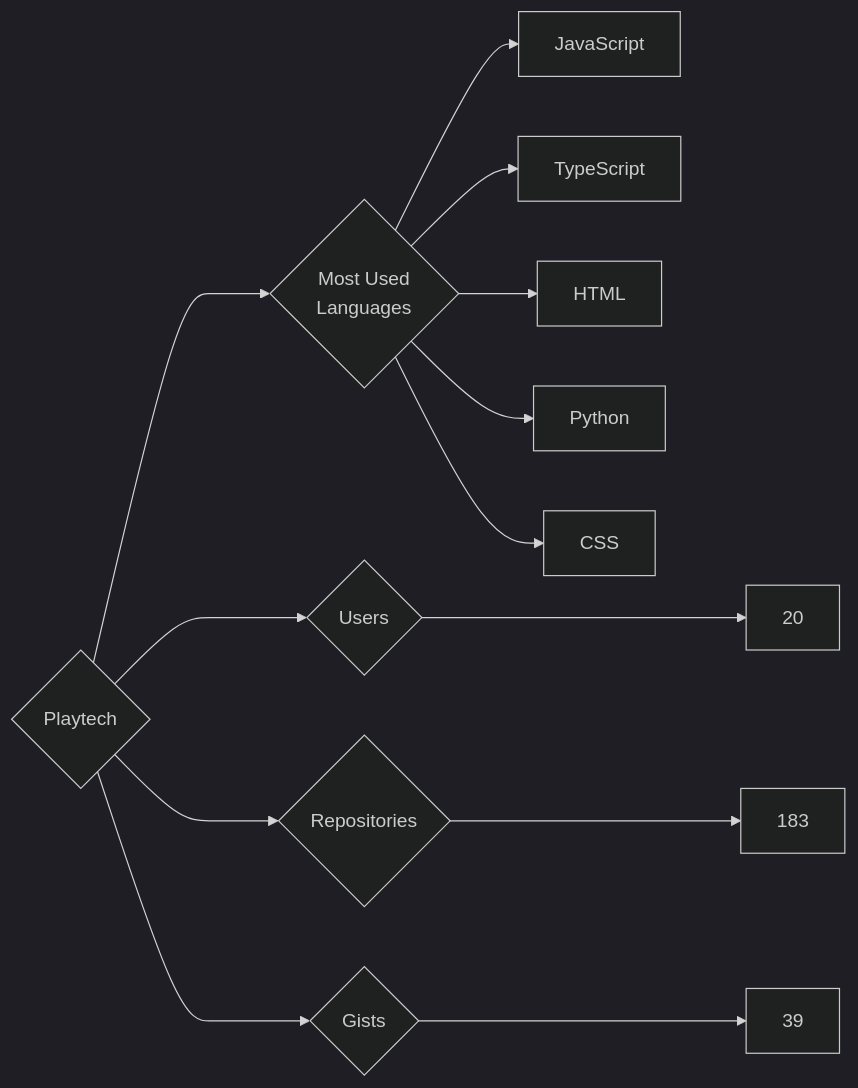
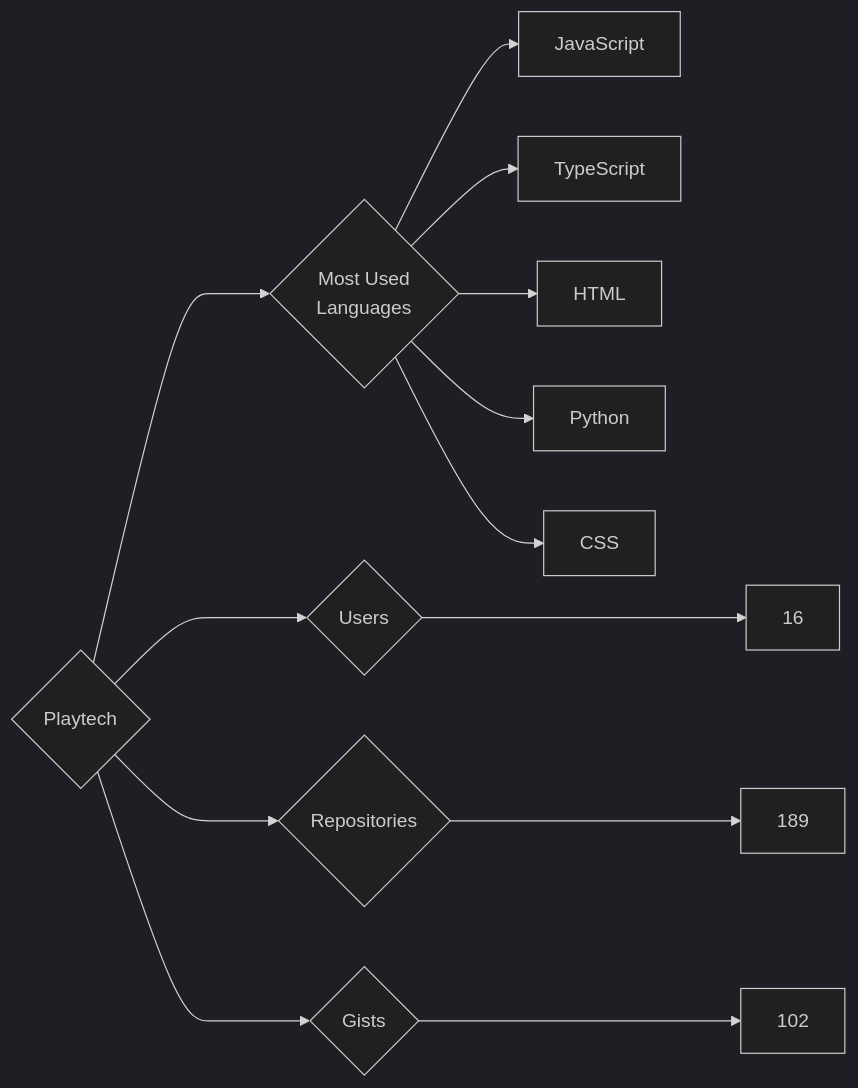
The diagram in targets/Playtech/README.md (trickest/insiders), drawn with Mermaid (dark theme) before and after one commit. The commit also changed 970 other files, not shown here.

````diff
--- a/targets/Playtech/README.md
+++ b/targets/Playtech/README.md
@@ -3,13 +3,13 @@
 ```mermaid
 graph LR
 COMPANY_NAME{Playtech}
-COMPANY_NAME ---> U{Users} ---> UN[20]
-COMPANY_NAME ---> R{Repositories} ---> RN[183]
-COMPANY_NAME ---> G{Gists} ---> GN[39]
+COMPANY_NAME ---> U{Users} ---> UN[16]
+COMPANY_NAME ---> R{Repositories} ---> RN[189]
+COMPANY_NAME ---> G{Gists} ---> GN[102]
 COMPANY_NAME ---> ML{Most Used<br>Languages}
 ML --> JavaScript[JavaScript]
 ML --> TypeScript[TypeScript]
 ML --> HTML[HTML]
 ML --> Python[Python]
 ML --> CSS[CSS]
 ```
````
